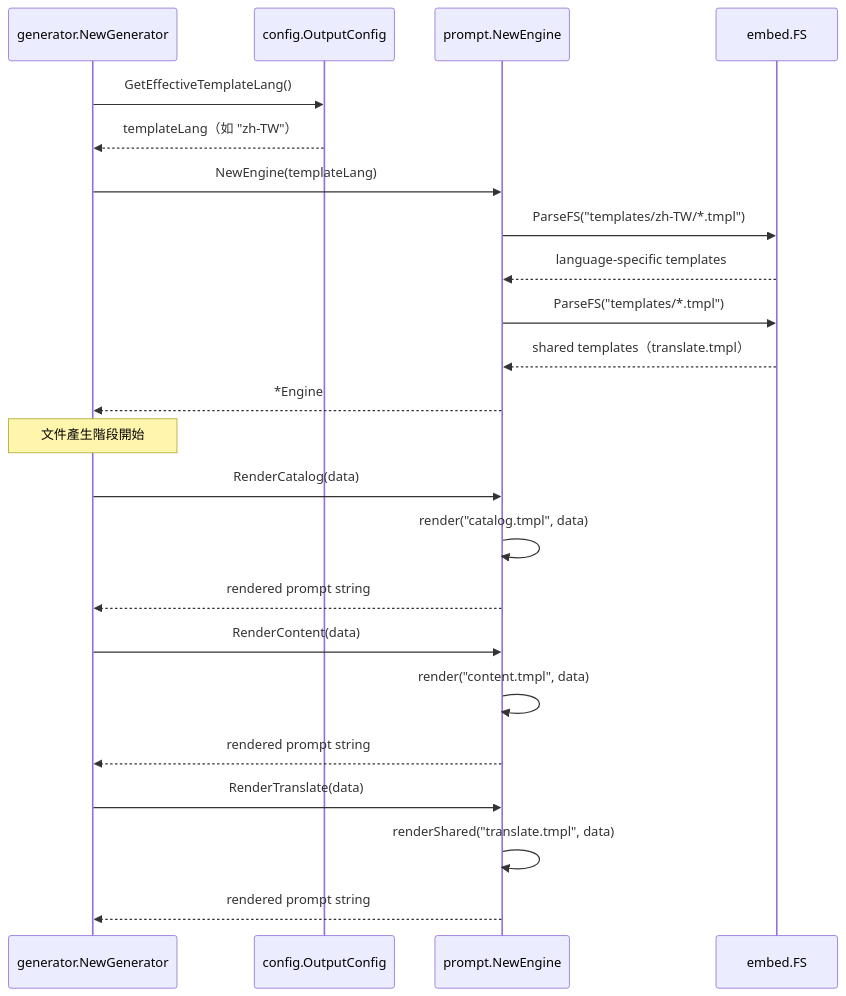
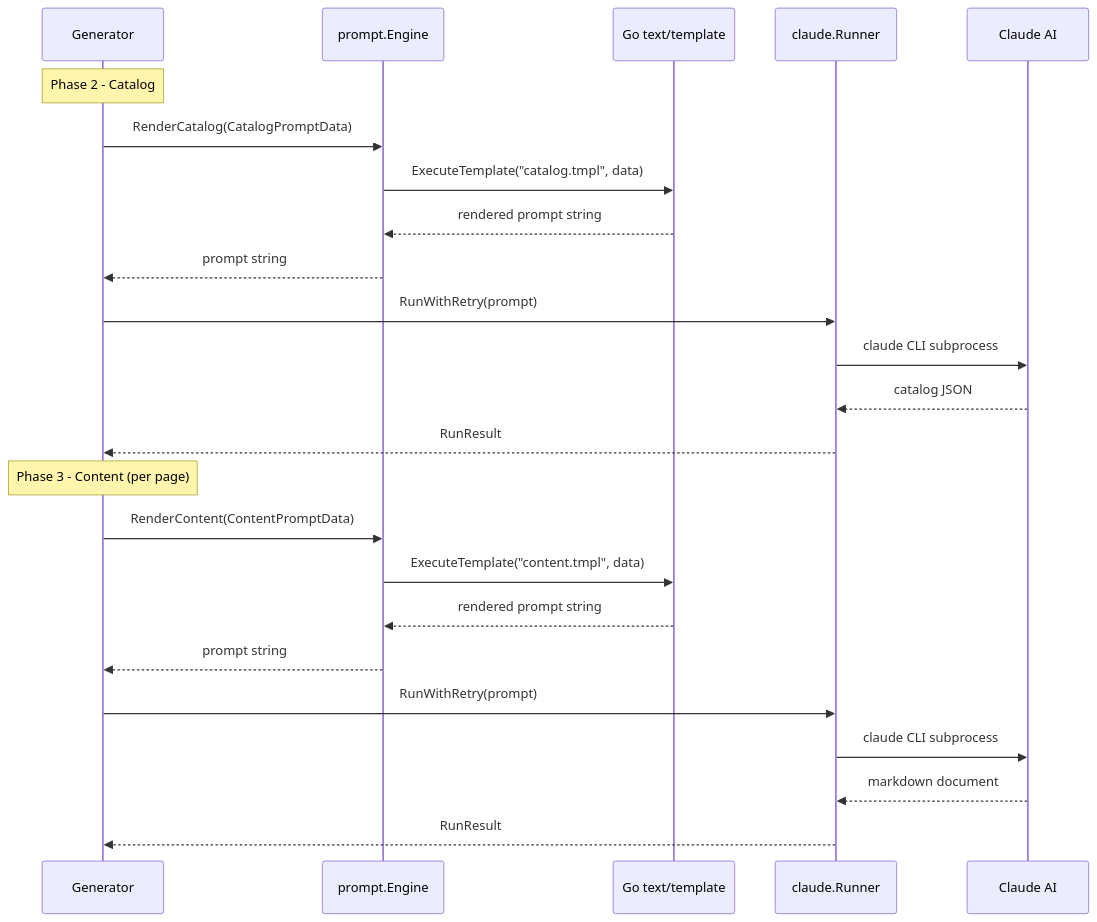
The second of 2 diagrams in docs/core-modules/prompt-engine/index.md (monkenWu/selfmd-claude-code), drawn with Mermaid before and after one commit. The commit also changed other lines of this file and 145 other files, not shown here.

````diff
--- a/docs/core-modules/prompt-engine/index.md
+++ b/docs/core-modules/prompt-engine/index.md
@@ -205,30 +182,28 @@
 ```mermaid
 sequenceDiagram
-    participant Gen as generator.NewGenerator
-    participant Cfg as config.OutputConfig
-    participant Eng as prompt.NewEngine
-    participant FS as embed.FS
+    participant Gen as Generator
+    participant Eng as prompt.Engine
+    participant Tmpl as Go text/template
+    participant Run as claude.Runner
+    participant AI as Claude AI
 
-    Gen->>Cfg: GetEffectiveTemplateLang()
-    Cfg-->>Gen: templateLang（如 "zh-TW"）
-    Gen->>Eng: NewEngine(templateLang)
-    Eng->>FS: ParseFS("templates/zh-TW/*.tmpl")
-    FS-->>Eng: language-specific templates
-    Eng->>FS: ParseFS("templates/*.tmpl")
-    FS-->>Eng: shared templates（translate.tmpl）
-    Eng-->>Gen: *Engine
+    Note over Gen: Phase 2 - Catalog
+    Gen->>Eng: RenderCatalog(CatalogPromptData)
+    Eng->>Tmpl: ExecuteTemplate("catalog.tmpl", data)
+    Tmpl-->>Eng: rendered prompt string
+    Eng-->>Gen: prompt string
+    Gen->>Run: RunWithRetry(prompt)
+    Run->>AI: claude CLI subprocess
+    AI-->>Run: catalog JSON
+    Run-->>Gen: RunResult
 
-    Note over Gen: 文件產生階段開始
-
-    Gen->>Eng: RenderCatalog(data)
-    Eng->>Eng: render("catalog.tmpl", data)
-    Eng-->>Gen: rendered prompt string
-
-    Gen->>Eng: RenderContent(data)
-    Eng->>Eng: render("content.tmpl", data)
-    Eng-->>Gen: rendered prompt string
-
-    Gen->>Eng: RenderTranslate(data)
-    Eng->>Eng: renderShared("translate.tmpl", data)
-    Eng-->>Gen: rendered prompt string
+    Note over Gen: Phase 3 - Content (per page)
+    Gen->>Eng: RenderContent(ContentPromptData)
+    Eng->>Tmpl: ExecuteTemplate("content.tmpl", data)
+    Tmpl-->>Eng: rendered prompt string
+    Eng-->>Gen: prompt string
+    Gen->>Run: RunWithRetry(prompt)
+    Run->>AI: claude CLI subprocess
+    AI-->>Run: markdown document
+    Run-->>Gen: RunResult
 ```
````
